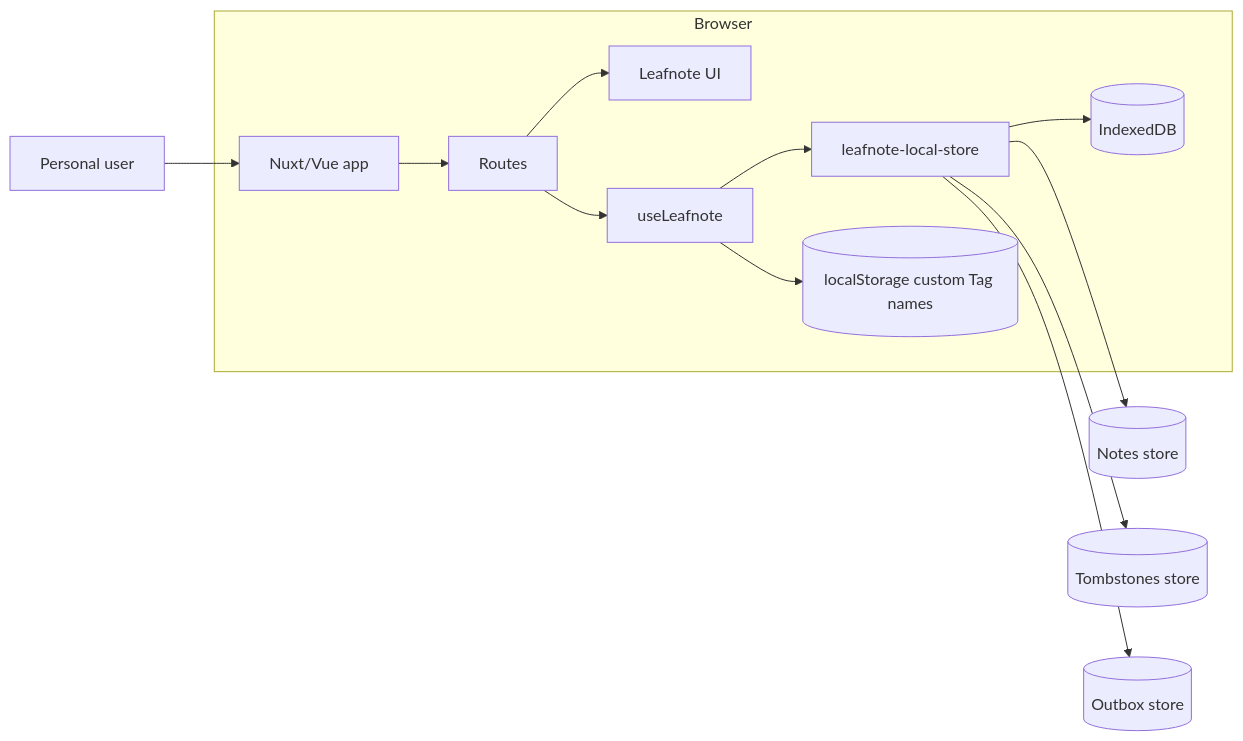
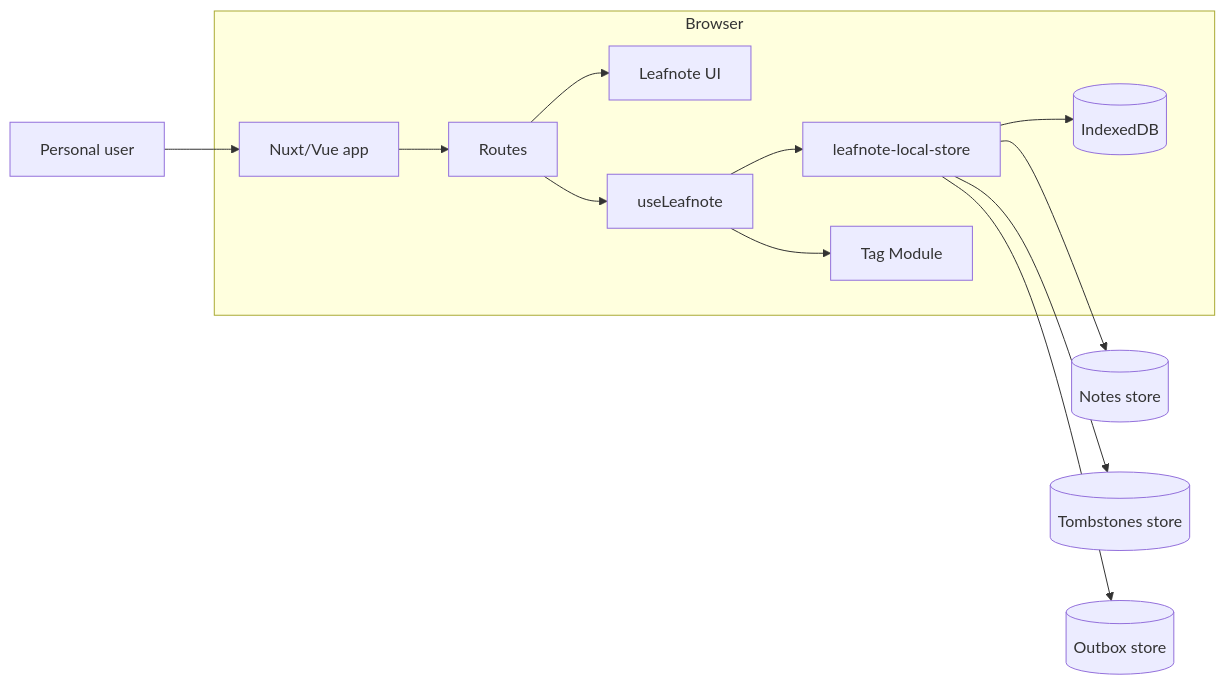
One commit to radenadri/leafnote changed the first of 4 diagrams in ARCHITECTURE.md. Above: the diagram before and after it, drawn with Mermaid. The commit also changed other lines of this file and 7 other files, not shown here.

Commit message:
refactor: remove localStorage for custom tags and move normalization to a centralized tag interface

````diff
--- a/ARCHITECTURE.md
+++ b/ARCHITECTURE.md
@@ -61,21 +61,21 @@
 ```mermaid
 flowchart LR
   User[Personal user]
 
   subgraph Browser[Browser]
     Nuxt[Nuxt/Vue app]
     Pages[Routes]
     UI[Leafnote UI]
     Facade[useLeafnote]
     Store[leafnote-local-store]
     DB[(IndexedDB)]
-    LS[(localStorage custom Tag names)]
+    Tags[Tag Module]
   end
 
   User --> Nuxt --> Pages --> UI
   Pages --> Facade --> Store --> DB
-  Facade --> LS
+  Facade --> Tags
   Store --> Notes[(Notes store)]
   Store --> Tombstones[(Tombstones store)]
   Store --> Outbox[(Outbox store)]
 ```
````
